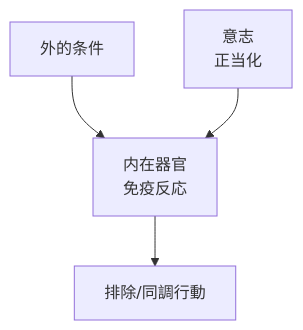
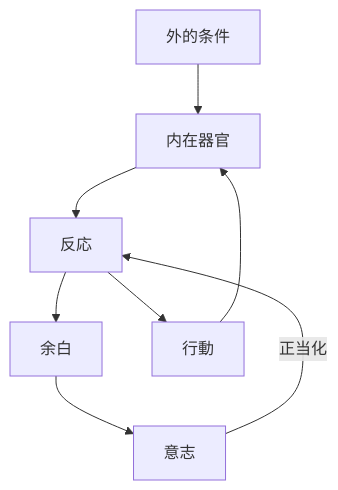
The diagram in assets/organ_will_placement/alignment.mmd (human-attunement/system), drawn with Mermaid before and after one commit. The commit also changed 51 other files, not shown here.

```diff
--- a/assets/organ_will_placement/alignment.mmd
+++ b/assets/organ_will_placement/alignment.mmd
@@ -1,10 +1,10 @@
-flowchart TB
-    E[外的条件]
-    O["内在器官
-    免疫反応"]
-    A[排除/同調行動]
-    W["意志
-    正当化"]
+flowchart TD
+    E[外的条件] --> O[内在器官]
+    O --> R[反応]
 
-    E --> O --> A
-    W --> O
+    R --> M[余白]
+    M --> W[意志]
+    W -->|正当化| R
+
+    R --> A[行動]
+    A --> O
```
